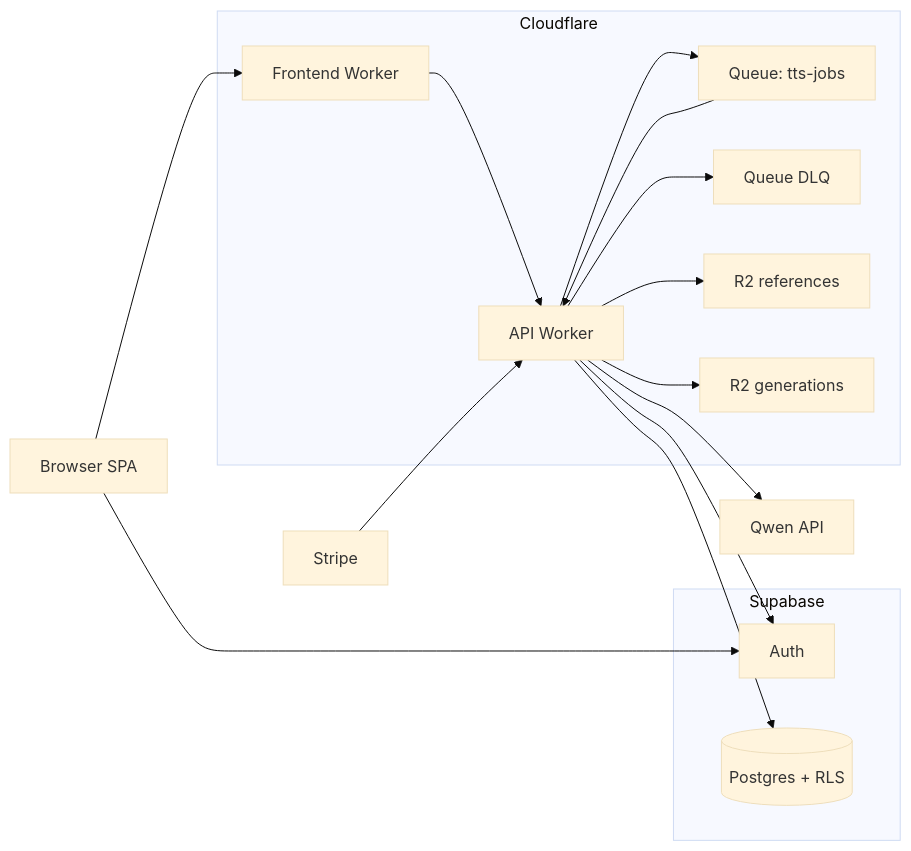
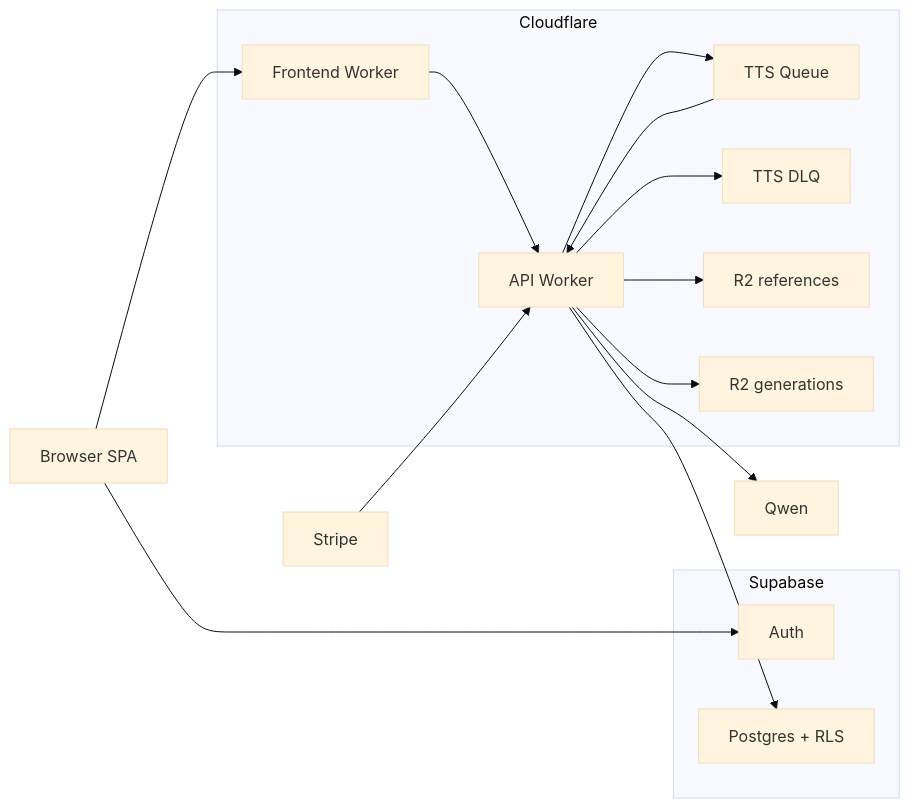
One commit to Pipluppp/utter changed the diagram in docs/architecture.md. Above: the diagram before and after it, drawn with Mermaid (base theme). The commit also changed other lines of this file and 5 other files, not shown here.

````diff
--- a/docs/architecture.md
+++ b/docs/architecture.md
@@ -9,38 +7,33 @@
 ```mermaid
 flowchart LR
-  U[Browser SPA]
+  U["Browser SPA"]
 
-  subgraph CF[Cloudflare]
-    FW[Frontend Worker]
-    AW[API Worker]
-    Q[Queue: tts-jobs]
-    DLQ[Queue DLQ]
-    R2R[R2 references]
-    R2G[R2 generations]
+  subgraph CF["Cloudflare"]
+    FW["Frontend Worker"]
+    AW["API Worker"]
+    Q["TTS Queue"]
+    DLQ["TTS DLQ"]
+    R2R["R2 references"]
+    R2G["R2 generations"]
   end
 
-  subgraph SB[Supabase]
-    SA[Auth]
-    PG[(Postgres + RLS)]
+  subgraph SB["Supabase"]
+    SA["Auth"]
+    PG["Postgres + RLS"]
   end
 
-  QW[Qwen API]
-  ST[Stripe]
+  QW["Qwen"]
+  ST["Stripe"]
 
   U --> FW
   FW --> AW
-
   U --> SA
-  AW --> SA
   AW --> PG
-
   AW --> R2R
   AW --> R2G
-
   AW --> Q
   Q --> AW
   AW --> DLQ
-
   AW --> QW
   ST --> AW
 ```
````
